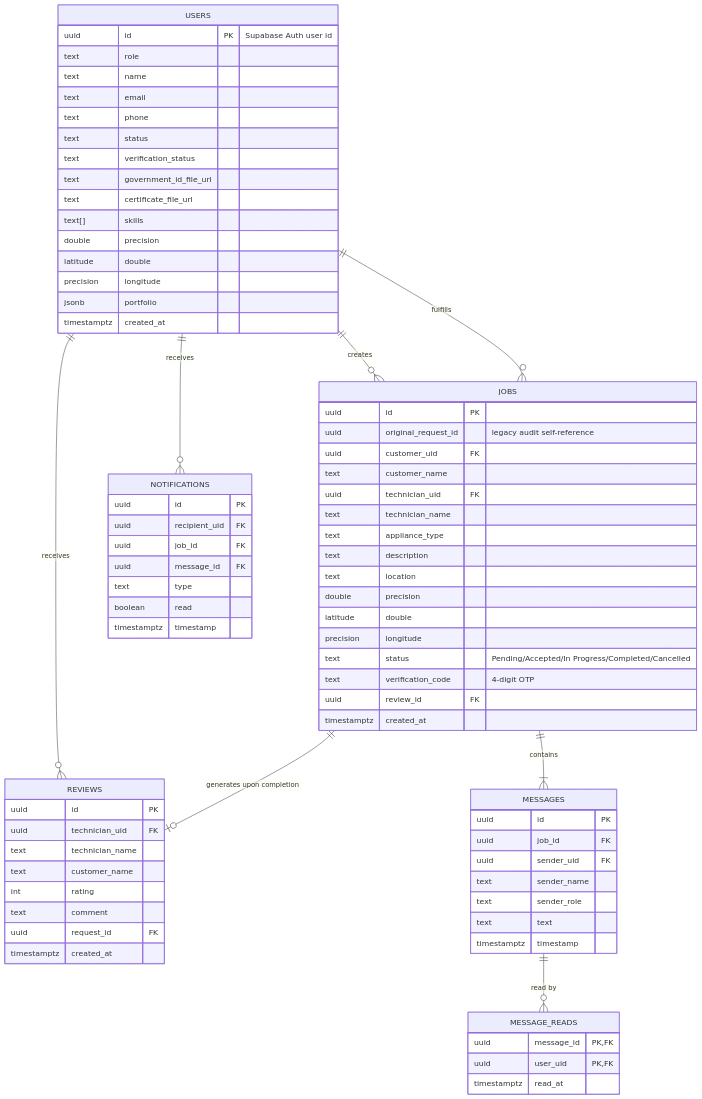
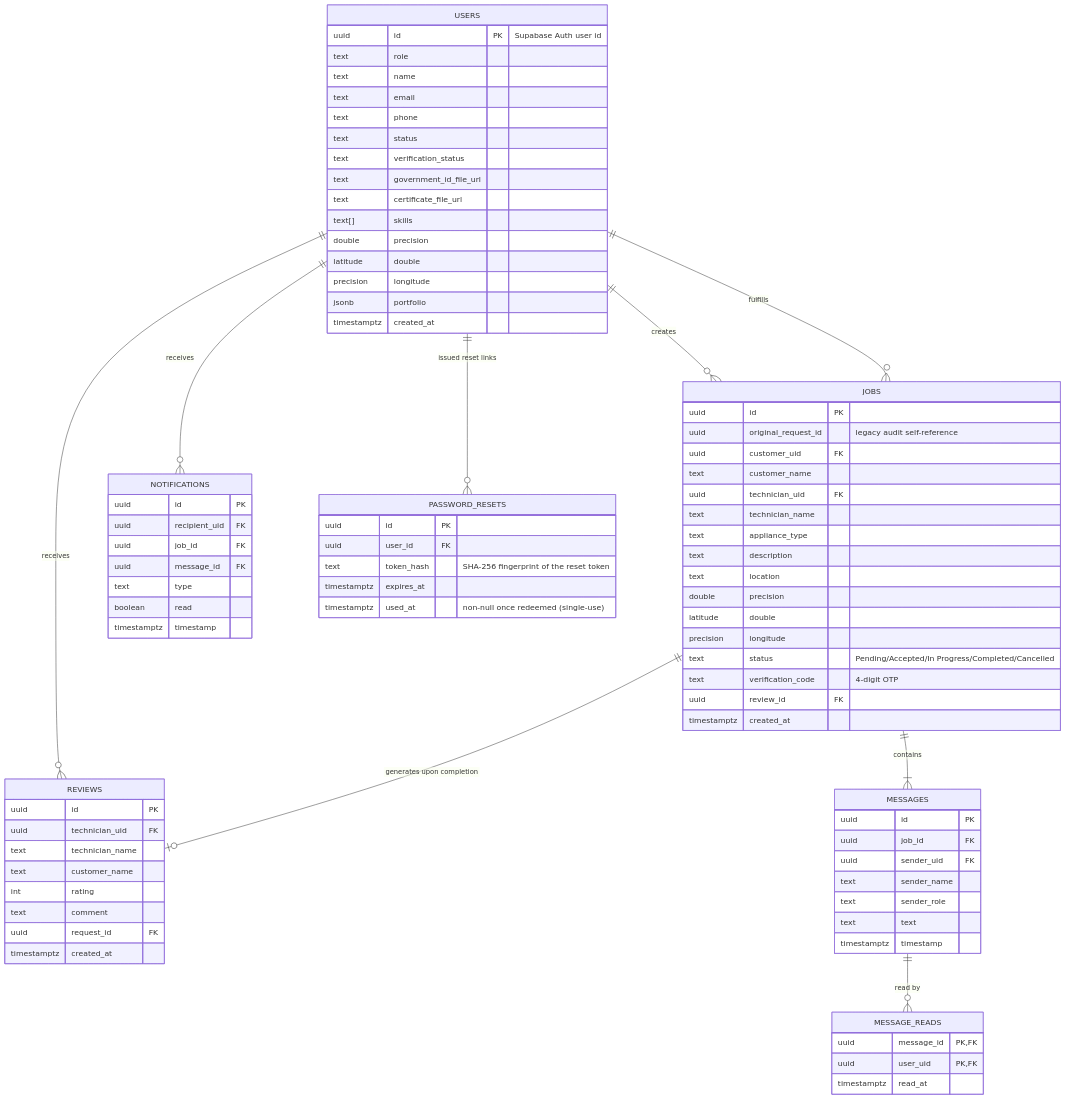
Before and after one commit to xcell321/fixlinksupabase: the first of 2 diagrams in Fixlinkmobile/backend/context/SCHEMA.md, drawn with Mermaid. The commit also changed other lines of this file and 98 other files, not shown here.

````diff
--- a/Fixlinkmobile/backend/context/SCHEMA.md
+++ b/Fixlinkmobile/backend/context/SCHEMA.md
@@ -19,6 +19,7 @@
     JOBS ||--o| REVIEWS : "generates upon completion"
     MESSAGES ||--o{ MESSAGE_READS : "read by"
     USERS ||--o{ NOTIFICATIONS : receives
+    USERS ||--o{ PASSWORD_RESETS : "issued reset links"
 
     USERS {
         uuid id PK "Supabase Auth user id"
@@ -91,4 +92,12 @@
         boolean read
         timestamptz timestamp
     }
+
+    PASSWORD_RESETS {
+        uuid id PK
+        uuid user_id FK
+        text token_hash "SHA-256 fingerprint of the reset token"
+        timestamptz expires_at
+        timestamptz used_at "non-null once redeemed (single-use)"
+    }
 ```
````
